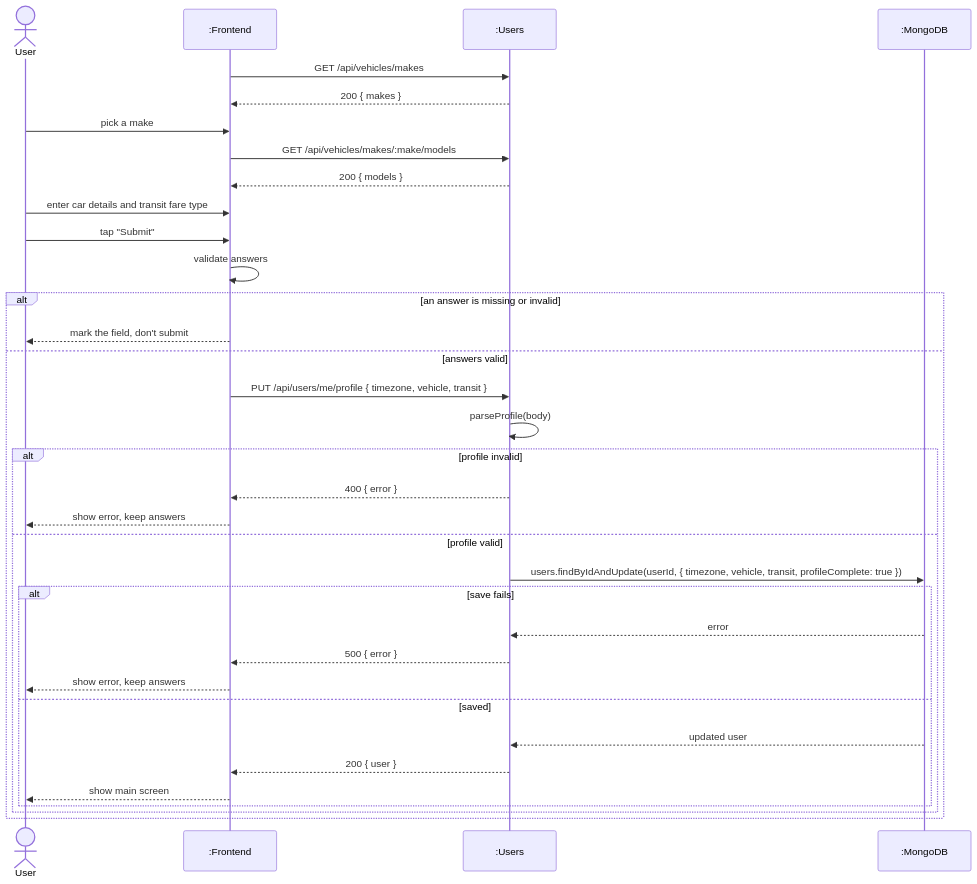
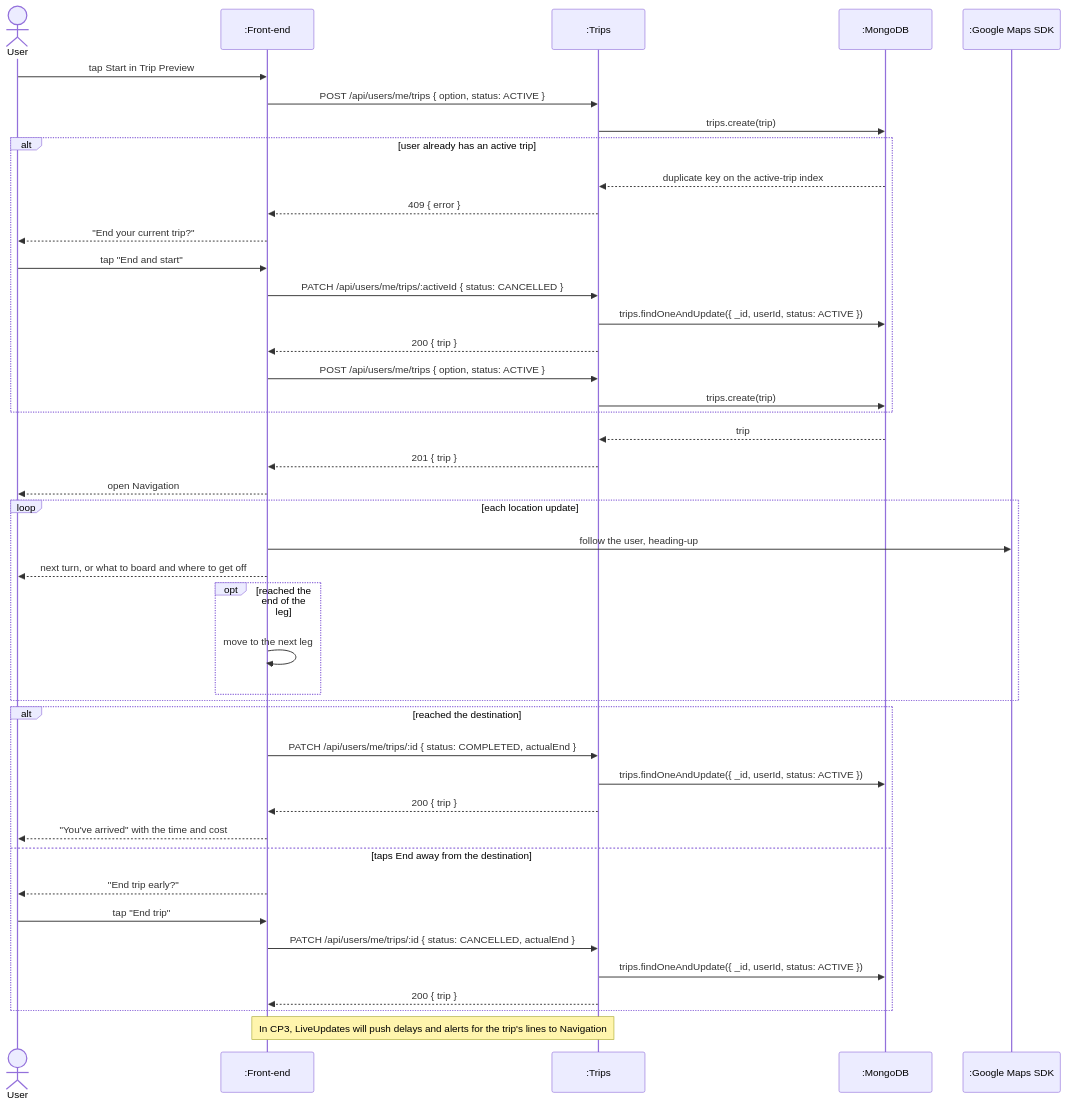
Before and after one commit to adamdeleeuw/trailmix: the fifth of 7 diagrams in documentation/Requirements_and_Design.md, drawn with Mermaid. The commit also changed other lines of this file and 5 other files, not shown here.

````diff
--- a/documentation/Requirements_and_Design.md
+++ b/documentation/Requirements_and_Design.md
@@ -397,37 +591,46 @@
 ```mermaid
 sequenceDiagram
     actor User
-    participant App as :Frontend
-    participant Users as :Users
+    participant App as :Front-end
+    participant Trips as :Trips
     participant DB as :MongoDB
+    participant Maps as :Google Maps SDK
 
-    App->>Users: GET /api/vehicles/makes
-    Users-->>App: 200 { makes }
-    User->>App: pick a make
-    App->>Users: GET /api/vehicles/makes/:make/models
-    Users-->>App: 200 { models }
-    User->>App: enter car details and transit fare type
-    User->>App: tap "Submit"
-    App->>App: validate answers
-    alt an answer is missing or invalid
-        App-->>User: mark the field, don't submit
-    else answers valid
-        App->>Users: PUT /api/users/me/profile { timezone, vehicle, transit }
-        Users->>Users: parseProfile(body)
-        alt profile invalid
-            Users-->>App: 400 { error }
-            App-->>User: show error, keep answers
-        else profile valid
-            Users->>DB: users.findByIdAndUpdate(userId, { timezone, vehicle, transit, profileComplete: true })
-            alt save fails
-                DB-->>Users: error
-                Users-->>App: 500 { error }
-                App-->>User: show error, keep answers
-            else saved
-                DB-->>Users: updated user
-                Users-->>App: 200 { user }
-                App-->>User: show main screen
-            end
+    User->>App: tap Start in Trip Preview
+    App->>Trips: POST /api/users/me/trips { option, status: ACTIVE }
+    Trips->>DB: trips.create(trip)
+    alt user already has an active trip
+        DB-->>Trips: duplicate key on the active-trip index
+        Trips-->>App: 409 { error }
+        App-->>User: "End your current trip?"
+        User->>App: tap "End and start"
+        App->>Trips: PATCH /api/users/me/trips/:activeId { status: CANCELLED }
+        Trips->>DB: trips.findOneAndUpdate({ _id, userId, status: ACTIVE })
+        Trips-->>App: 200 { trip }
+        App->>Trips: POST /api/users/me/trips { option, status: ACTIVE }
+        Trips->>DB: trips.create(trip)
+    end
+    DB-->>Trips: trip
+    Trips-->>App: 201 { trip }
+    App-->>User: open Navigation
+    loop each location update
+        App->>Maps: follow the user, heading-up
+        App-->>User: next turn, or what to board and where to get off
+        opt reached the end of the leg
+            App->>App: move to the next leg
         end
     end
+    alt reached the destination
+        App->>Trips: PATCH /api/users/me/trips/:id { status: COMPLETED, actualEnd }
+        Trips->>DB: trips.findOneAndUpdate({ _id, userId, status: ACTIVE })
+        Trips-->>App: 200 { trip }
+        App-->>User: "You've arrived" with the time and cost
+    else taps End away from the destination
+        App-->>User: "End trip early?"
+        User->>App: tap "End trip"
+        App->>Trips: PATCH /api/users/me/trips/:id { status: CANCELLED, actualEnd }
+        Trips->>DB: trips.findOneAndUpdate({ _id, userId, status: ACTIVE })
+        Trips-->>App: 200 { trip }
+    end
+    Note over App,Trips: In CP3, LiveUpdates will push delays and alerts for the trip's lines to Navigation
 ```
````
